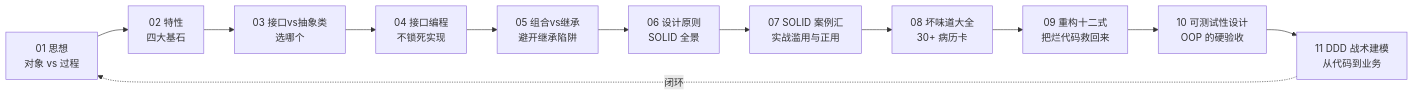
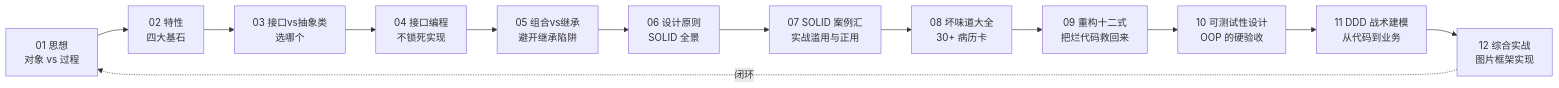
The first of 3 diagrams in 00.通用技术的提升/03.重学设计模式/01.面向对象设计/README.md (chongyang211/YCBookBlog), drawn with Mermaid before and after one commit. The commit also changed other lines of this file and 12 other files, not shown here.

````diff
--- a/00.通用技术的提升/03.重学设计模式/01.面向对象设计/README.md
+++ b/00.通用技术的提升/03.重学设计模式/01.面向对象设计/README.md
@@ -24,14 +24,15 @@
 ```mermaid
 flowchart LR
     一[01 思想<br/>对象 vs 过程] --> 二[02 特性<br/>四大基石]
     二 --> 三[03 接口vs抽象类<br/>选哪个]
     三 --> 四[04 接口编程<br/>不锁死实现]
     四 --> 五[05 组合vs继承<br/>避开继承陷阱]
     五 --> 六[06 设计原则<br/>SOLID 全景]
     六 --> 七[07 SOLID 案例汇<br/>实战滥用与正用]
     七 --> 八[08 坏味道大全<br/>30+ 病历卡]
     八 --> 九[09 重构十二式<br/>把烂代码救回来]
     九 --> 十[10 可测试性设计<br/>OOP 的硬验收]
     十 --> 十一[11 DDD 战术建模<br/>从代码到业务]
-    十一 -.闭环.-> 一
+    十一 --> 十二[12 综合实战<br/>图片框架实现]
+    十二 -.闭环.-> 一
 ```
````
